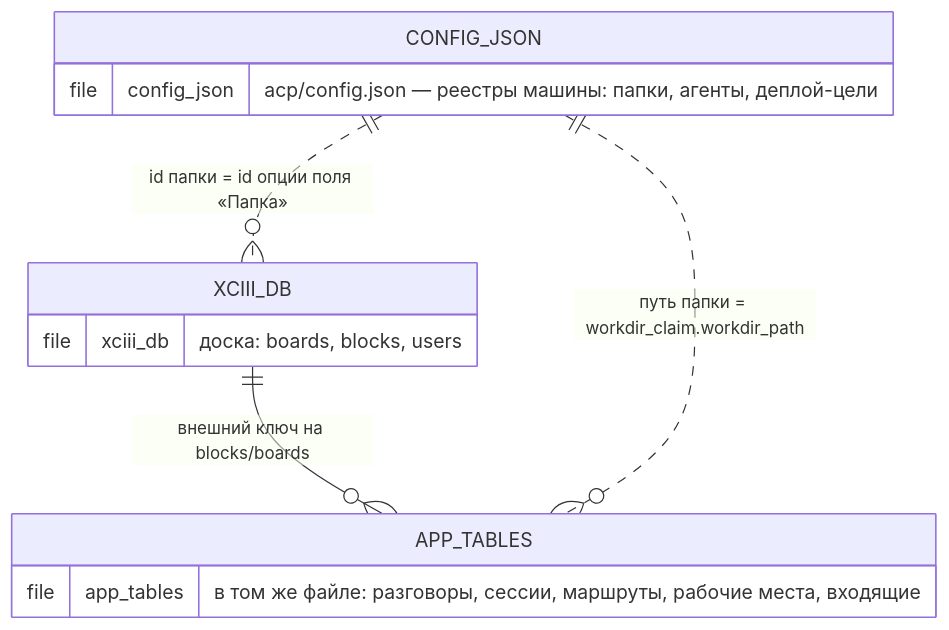
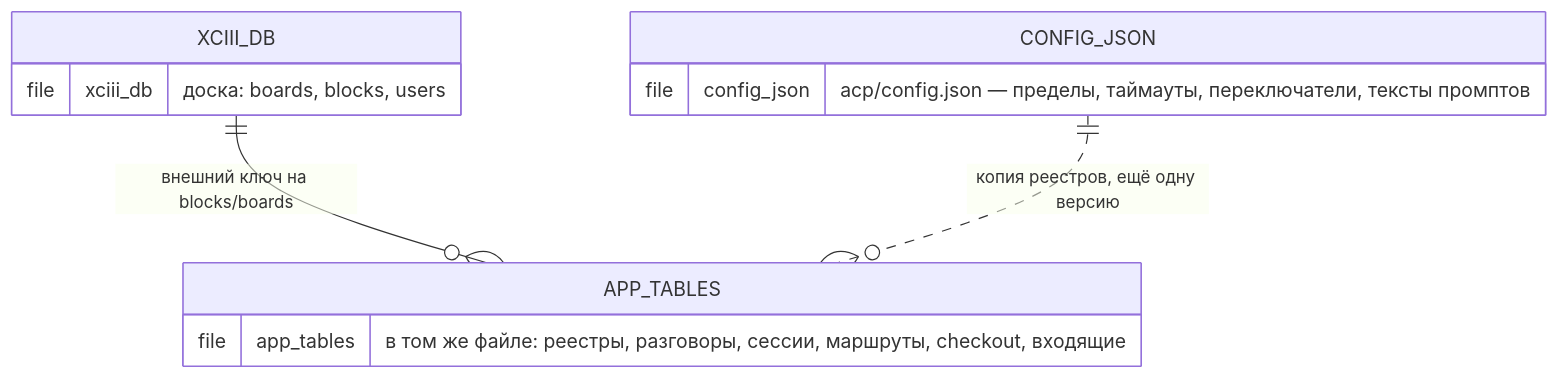
One commit to artipop/xciii changed the first of 4 diagrams in docs/db-erd.md. Above: the diagram before and after it, drawn with Mermaid. The commit also changed other lines of this file, not shown here.

First line of the commit message:
Bring the ERD up to what the last four commits made

````diff
--- a/docs/db-erd.md
+++ b/docs/db-erd.md
@@ -25,15 +26,14 @@
 ```mermaid
 erDiagram
     XCIII_DB ||--o{ APP_TABLES : "внешний ключ на blocks/boards"
-    CONFIG_JSON ||..o{ XCIII_DB : "id папки = id опции поля «Папка»"
-    CONFIG_JSON ||..o{ APP_TABLES : "путь папки = workdir_claim.workdir_path"
+    CONFIG_JSON ||..o{ APP_TABLES : "копия реестров, ещё одну версию"
     XCIII_DB {
         file xciii_db "доска: boards, blocks, users"
     }
     APP_TABLES {
-        file app_tables "в том же файле: разговоры, сессии, маршруты, рабочие места, входящие"
+        file app_tables "в том же файле: реестры, разговоры, сессии, маршруты, checkout, входящие"
     }
     CONFIG_JSON {
-        file config_json "acp/config.json — реестры машины: папки, агенты, деплой-цели"
+        file config_json "acp/config.json — пределы, таймауты, переключатели, тексты промптов"
     }
 ```
````
